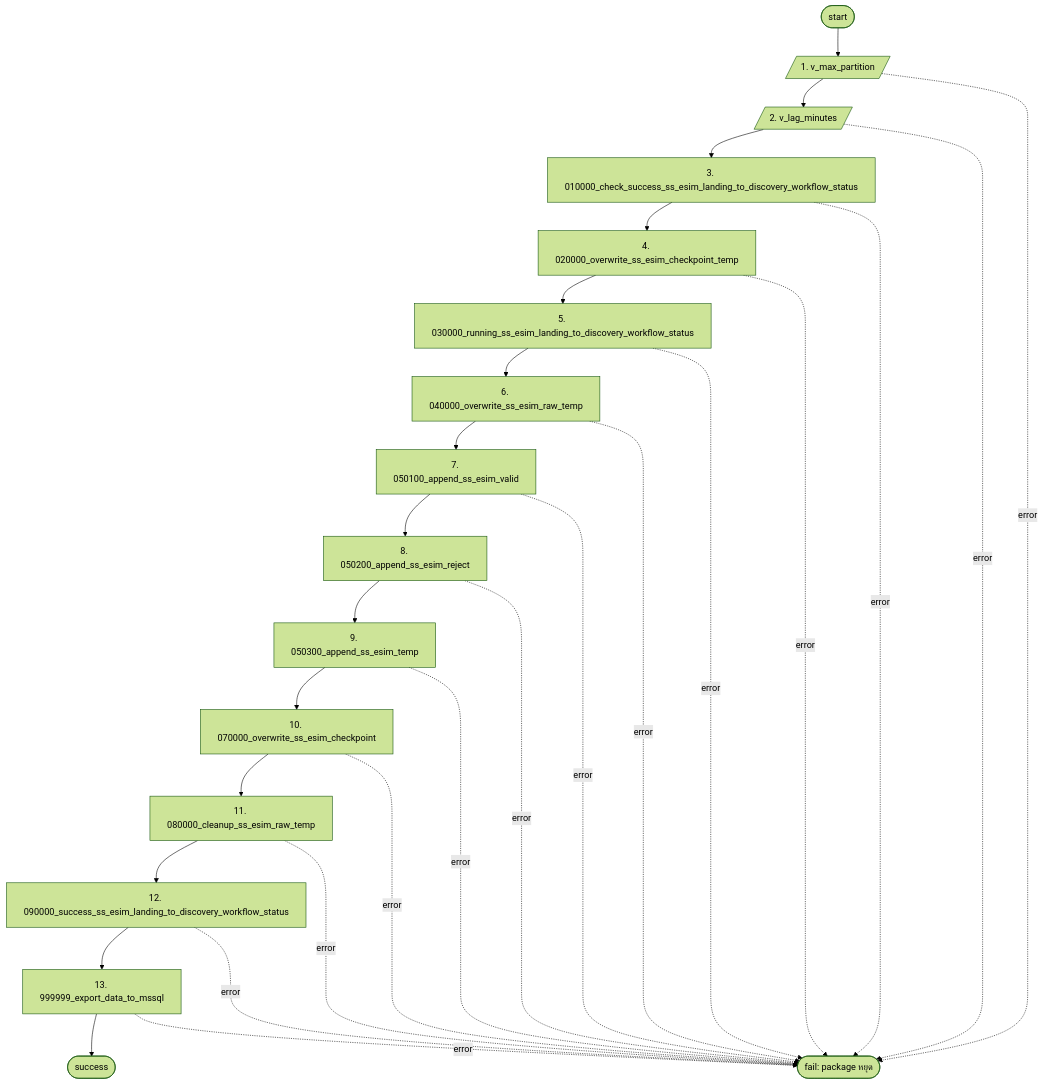
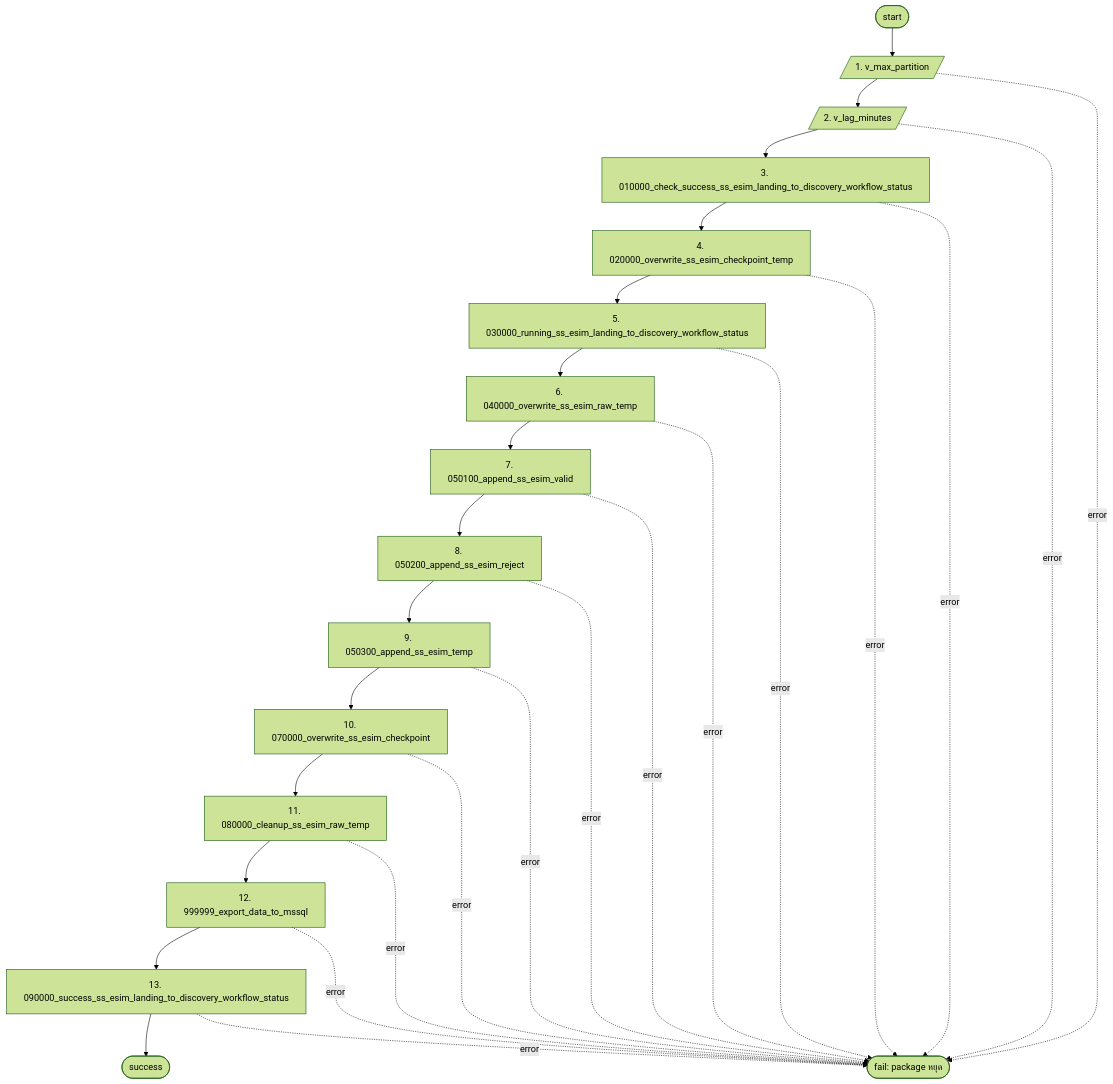
Before and after one commit to iamboy120123/Migrate_ODI_Team2: the diagram in projects/SS_ESIM/jobs/ss_esim_landing_to_discovery/.design/diagrams/package_flow.mmd, drawn with Mermaid (forest theme). The commit also changed 6 other files, not shown here.

```diff
--- a/projects/SS_ESIM/jobs/ss_esim_landing_to_discovery/.design/diagrams/package_flow.mmd
+++ b/projects/SS_ESIM/jobs/ss_esim_landing_to_discovery/.design/diagrams/package_flow.mmd
@@ -1,44 +1,44 @@
 flowchart TD
   START([start])
   S1[/"1. v_max_partition"/]
   START --> S1
   S2[/"2. v_lag_minutes"/]
   S1 --> S2
   S3["3. 010000_check_success_ss_esim_landing_to_discovery_workflow_status"]
   S2 --> S3
   S4["4. 020000_overwrite_ss_esim_checkpoint_temp"]
   S3 --> S4
   S5["5. 030000_running_ss_esim_landing_to_discovery_workflow_status"]
   S4 --> S5
   S6["6. 040000_overwrite_ss_esim_raw_temp"]
   S5 --> S6
   S7["7. 050100_append_ss_esim_valid"]
   S6 --> S7
   S8["8. 050200_append_ss_esim_reject"]
   S7 --> S8
   S9["9. 050300_append_ss_esim_temp"]
   S8 --> S9
   S10["10. 070000_overwrite_ss_esim_checkpoint"]
   S9 --> S10
   S11["11. 080000_cleanup_ss_esim_raw_temp"]
   S10 --> S11
-  S12["12. 090000_success_ss_esim_landing_to_discovery_workflow_status"]
+  S12["12. 999999_export_data_to_mssql"]
   S11 --> S12
-  S13["13. 999999_export_data_to_mssql"]
+  S13["13. 090000_success_ss_esim_landing_to_discovery_workflow_status"]
   S12 --> S13
   OK([success])
   S13 --> OK
   FAIL([fail: package หยุด])
   S1 -. error .-> FAIL
   S2 -. error .-> FAIL
   S3 -. error .-> FAIL
   S4 -. error .-> FAIL
   S5 -. error .-> FAIL
   S6 -. error .-> FAIL
   S7 -. error .-> FAIL
   S8 -. error .-> FAIL
   S9 -. error .-> FAIL
   S10 -. error .-> FAIL
   S11 -. error .-> FAIL
   S12 -. error .-> FAIL
   S13 -. error .-> FAIL
```
